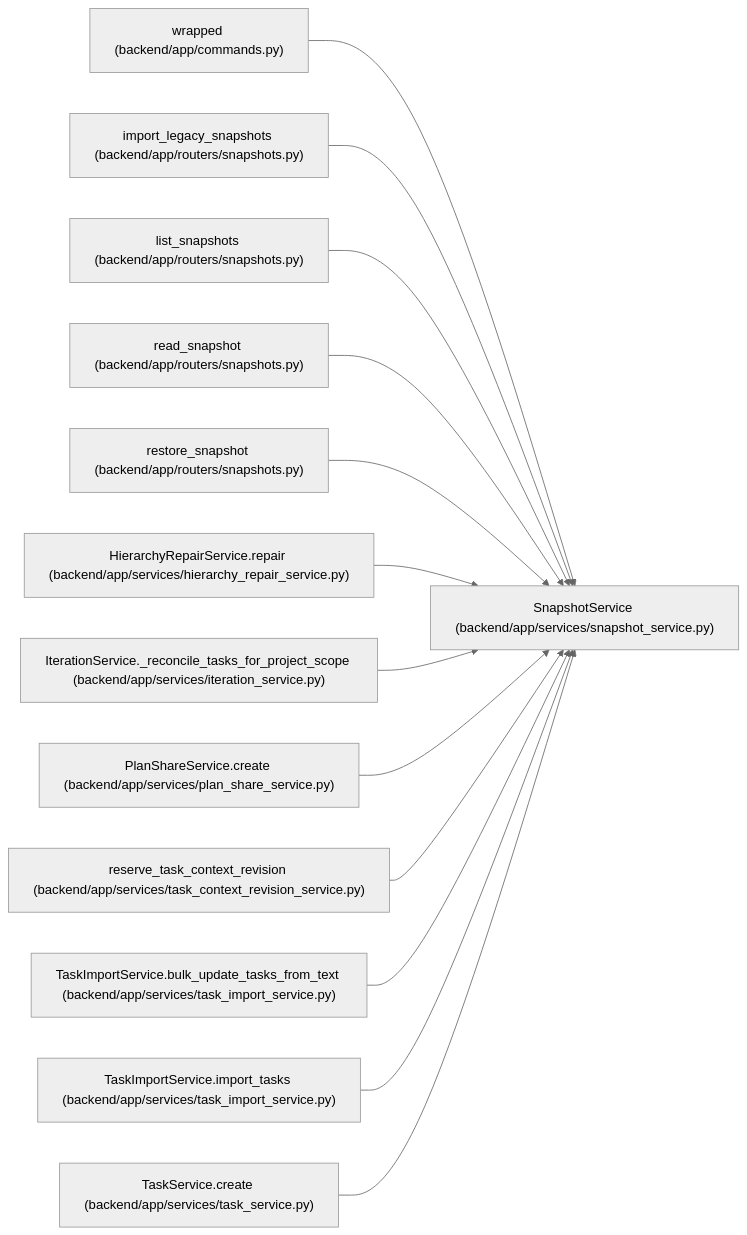
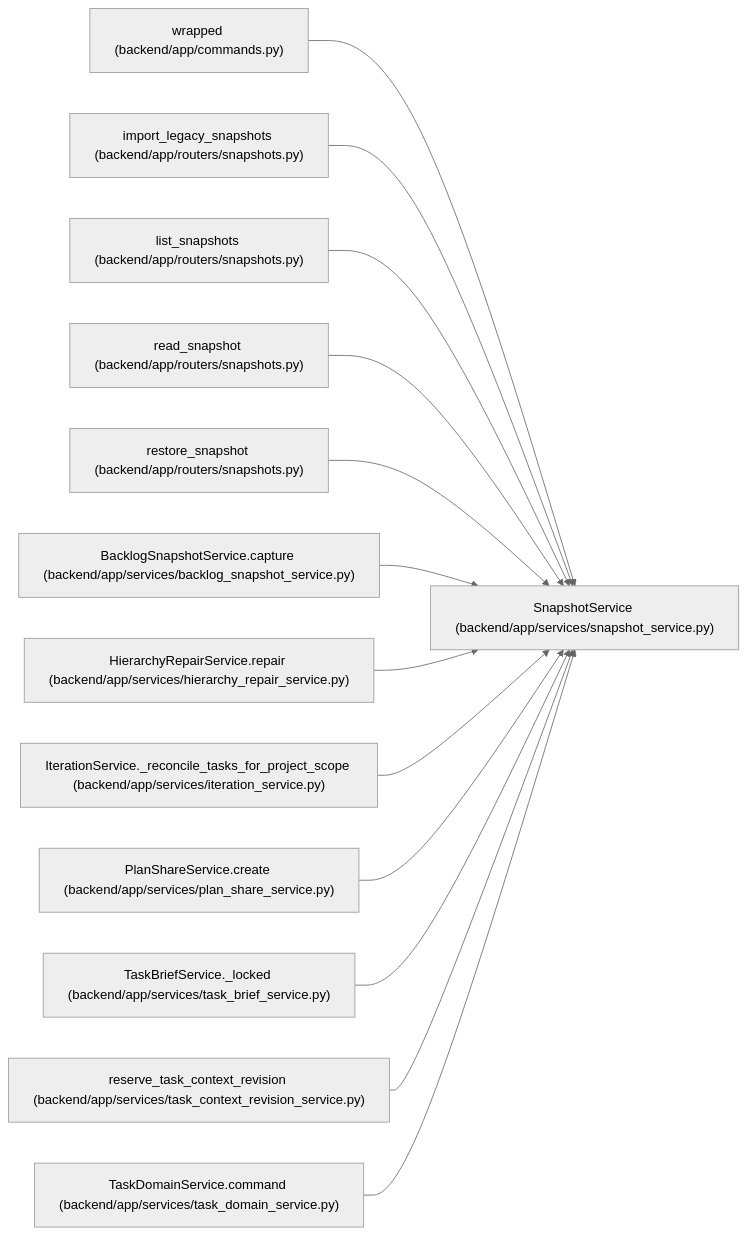
Before and after one commit to Denissvgn/WorkChord: the diagram in docs/llm_wiki/entities/SnapshotService.md, drawn with Mermaid (neutral theme). The commit also changed other lines of this file and 1238 other files, not shown here.

First line of the commit message:
docs(wiki): publish compact canonical domain architecture

````diff
--- a/docs/llm_wiki/entities/SnapshotService.md
+++ b/docs/llm_wiki/entities/SnapshotService.md
@@ -42,41 +44,41 @@
 ```mermaid
 flowchart LR
     n0["SnapshotService (backend/app/services/snapshot_service.py)"]
     n1["wrapped (backend/app/commands.py)"]
     n2["import_legacy_snapshots (backend/app/routers/snapshots.py)"]
     n3["list_snapshots (backend/app/routers/snapshots.py)"]
     n4["read_snapshot (backend/app/routers/snapshots.py)"]
     n5["restore_snapshot (backend/app/routers/snapshots.py)"]
-    n6["HierarchyRepairService.repair (backend/app/services/hierarchy_repair_service.py)"]
-    n7["IterationService._reconcile_tasks_for_project_scope (backend/app/services/iteration_service.py)"]
-    n8["PlanShareService.create (backend/app/services/plan_share_service.py)"]
-    n9["reserve_task_context_revision (backend/app/services/task_context_revision_service.py)"]
-    n10["TaskImportService.bulk_update_tasks_from_text (backend/app/services/task_import_service.py)"]
-    n11["TaskImportService.import_tasks (backend/app/services/task_import_service.py)"]
-    n12["TaskService.create (backend/app/services/task_service.py)"]
+    n6["BacklogSnapshotService.capture (backend/app/services/backlog_snapshot_service.py)"]
+    n7["HierarchyRepairService.repair (backend/app/services/hierarchy_repair_service.py)"]
+    n8["IterationService._reconcile_tasks_for_project_scope (backend/app/services/iteration_service.py)"]
+    n9["PlanShareService.create (backend/app/services/plan_share_service.py)"]
+    n10["TaskBriefService._locked (backend/app/services/task_brief_service.py)"]
+    n11["reserve_task_context_revision (backend/app/services/task_context_revision_service.py)"]
+    n12["TaskDomainService.command (backend/app/services/task_domain_service.py)"]
     n1 --> n0
     n2 --> n0
     n3 --> n0
     n4 --> n0
     n5 --> n0
     n6 --> n0
     n7 --> n0
     n8 --> n0
     n9 --> n0
     n10 --> n0
     n11 --> n0
     n12 --> n0
     click n0 "../modules/snapshot_service.md"
     click n1 "../modules/commands.md"
     click n2 "../modules/snapshots.md"
     click n3 "../modules/snapshots.md"
     click n4 "../modules/snapshots.md"
     click n5 "../modules/snapshots.md"
-    click n6 "../modules/hierarchy_repair_service.md"
-    click n7 "../modules/iteration_service.md"
-    click n8 "../modules/plan_share_service.md"
-    click n9 "../modules/task_context_revision_service.md"
-    click n10 "../modules/task_import_service.md"
-    click n11 "../modules/task_import_service.md"
-    click n12 "../modules/task_service.md"
+    click n6 "../modules/backlog_snapshot_service.md"
+    click n7 "../modules/hierarchy_repair_service.md"
+    click n8 "../modules/iteration_service.md"
+    click n9 "../modules/plan_share_service.md"
+    click n10 "../modules/task_brief_service.md"
+    click n11 "../modules/task_context_revision_service.md"
+    click n12 "../modules/task_domain_service.md"
 ```
````
